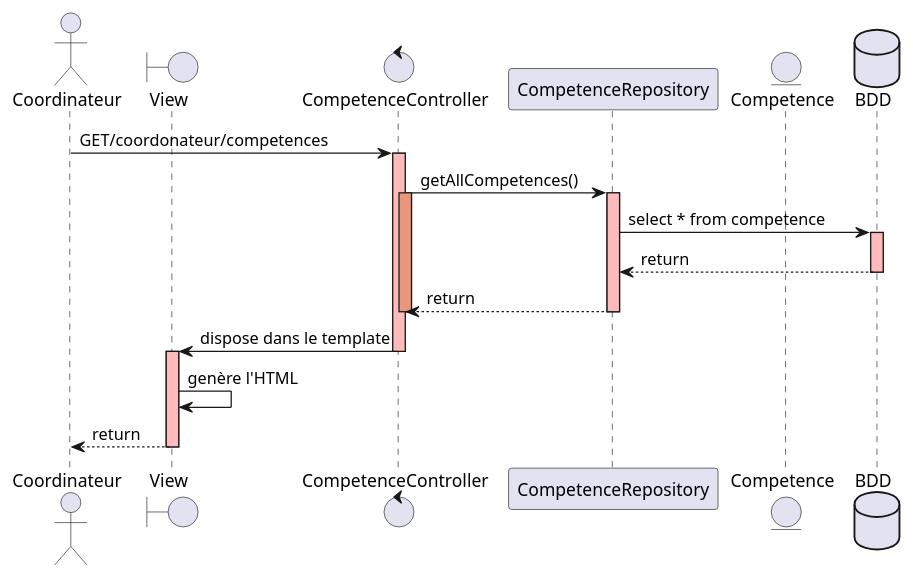
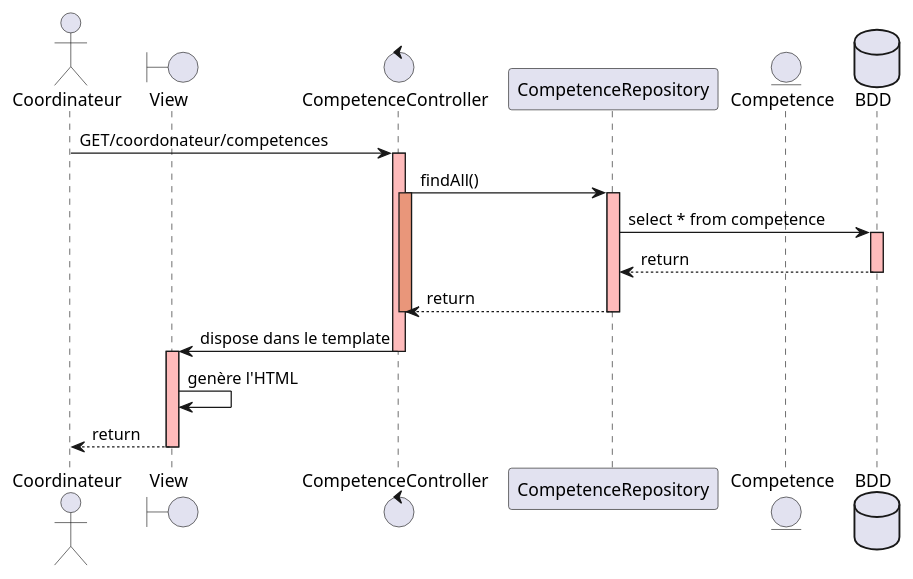
The diagram in doc/puml/SequenceDiagram2.puml (GreenHawk-99/AppGreta), drawn with PlantUML before and after one commit. The commit also changed 10 other files, not shown here.

```diff
--- a/doc/puml/SequenceDiagram2.puml
+++ b/doc/puml/SequenceDiagram2.puml
@@ -1,34 +1,34 @@
 @startuml
 
 actor Coordinateur
 boundary "View" as V
 control "CompetenceController" as CC
 participant "CompetenceRepository" as CR
 entity "Competence" as C
 database "BDD" as BDD
 
 Coordinateur -> CC: GET/coordonateur/competences
 activate CC #FFBBBB
 
-CC -> CR: getAllCompetences()
+CC -> CR: findAll()
 activate CC #DarkSalmon
 activate CR #FFBBBB
 
 CR -> BDD: select * from competence
 activate BDD #FFBBBB
 BDD --> CR: return
 deactivate BDD
 
 CR --> CC: return
 deactivate CC
 deactivate CR
 
 CC -> V: dispose dans le template
 deactivate CC
 
 activate V #FFBBBB
 V -> V: genère l'HTML
 V --> Coordinateur: return
 deactivate V
 
 @enduml
```
